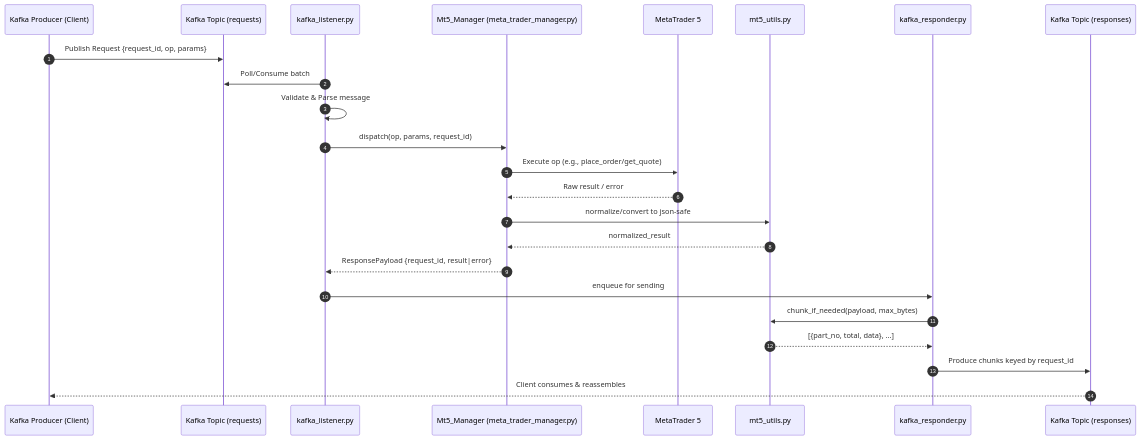
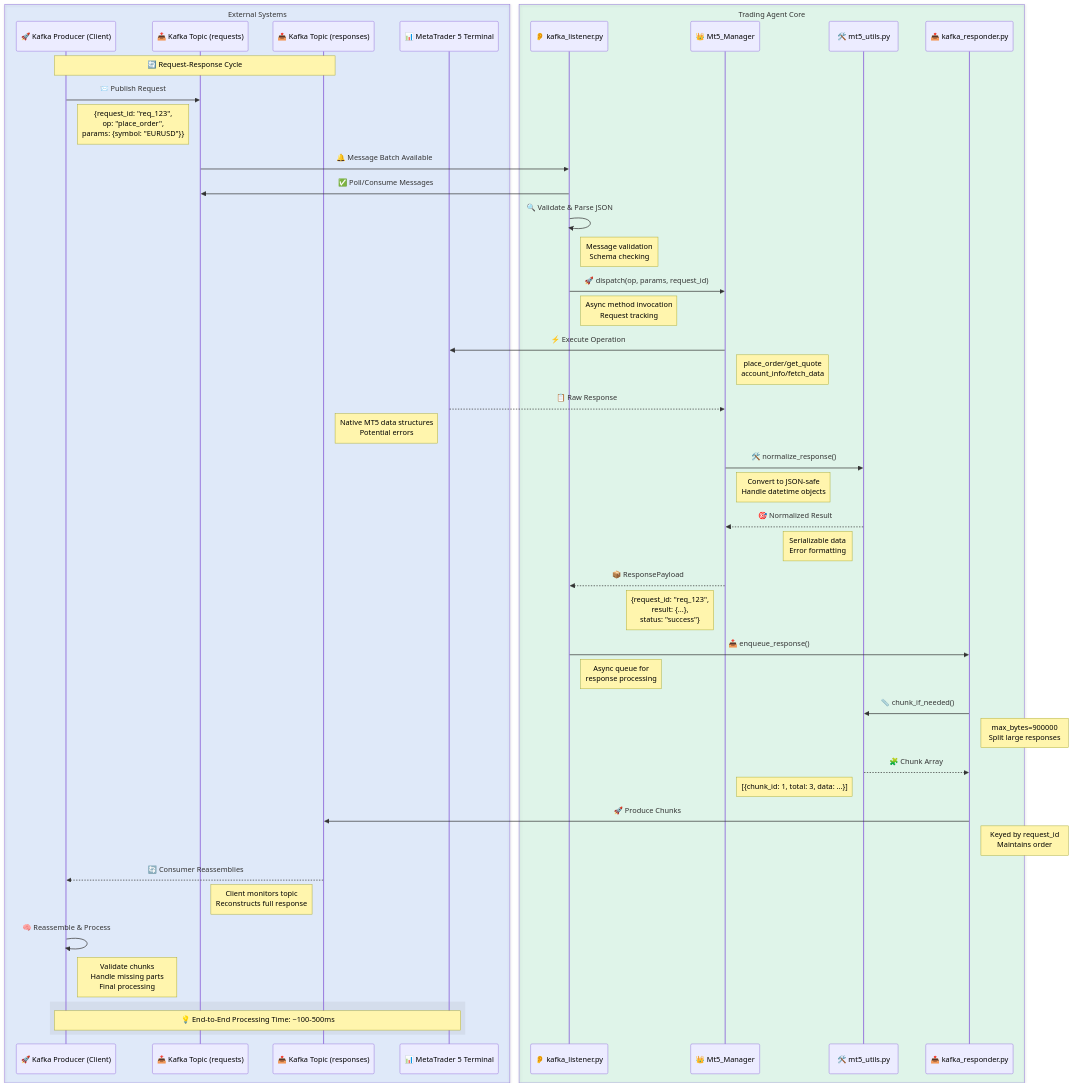
One commit to mani1728/agent changed the fourth of 10 diagrams in README.md. Above: the diagram before and after it, drawn with Mermaid.

````diff
--- a/README.md
+++ b/README.md
@@ -350,27 +350,67 @@
 ```mermaid
 sequenceDiagram
-  autonumber
-  participant Prod as Kafka Producer (Client)
-  participant K as Kafka Topic (requests)
-  participant L as kafka_listener.py
-  participant M as Mt5_Manager (meta_trader_manager.py)
-  participant MT5 as MetaTrader 5
-  participant U as mt5_utils.py
-  participant R as kafka_responder.py
-  participant KO as Kafka Topic (responses)
+    box rgba(0, 100, 255, 0.1) External Systems
+        participant Prod as 🚀 Kafka Producer (Client)
+        participant K as 📥 Kafka Topic (requests)
+        participant KO as 📤 Kafka Topic (responses)
+        participant MT5 as 📊 MetaTrader 5 Terminal
+    end
 
-  Prod->>K: Publish Request {request_id, op, params}
-  L->>K: Poll/Consume batch
-  L->>L: Validate & Parse message
-  L->>M: dispatch(op, params, request_id)
-  M->>MT5: Execute op (e.g., place_order/get_quote)
-  MT5-->>M: Raw result / error
-  M->>U: normalize/convert to json-safe
-  U-->>M: normalized_result
-  M-->>L: ResponsePayload {request_id, result|error}
-  L->>R: enqueue for sending
-  R->>U: chunk_if_needed(payload, max_bytes)
-  U-->>R: [{part_no, total, data}, ...]
-  R->>KO: Produce chunks keyed by request_id
-  KO-->>Prod: Client consumes & reassembles
+    box rgba(0, 200, 100, 0.1) Trading Agent Core
+        participant L as 👂 kafka_listener.py
+        participant M as 👑 Mt5_Manager
+        participant U as 🛠️ mt5_utils.py
+        participant R as 📤 kafka_responder.py
+    end
+
+    Note over Prod, KO: 🔄 Request-Response Cycle
+
+    Prod->>K: 📨 Publish Request
+    Note right of Prod: {request_id: "req_123",<br/>op: "place_order",<br/>params: {symbol: "EURUSD"}}
+
+    K->>L: 🔔 Message Batch Available
+    L->>K: ✅ Poll/Consume Messages
+    L->>L: 🔍 Validate & Parse JSON
+    Note right of L: Message validation<br/>Schema checking
+
+    L->>M: 🚀 dispatch(op, params, request_id)
+    Note right of L: Async method invocation<br/>Request tracking
+
+    M->>MT5: ⚡ Execute Operation
+    Note right of M: place_order/get_quote<br/>account_info/fetch_data
+
+    MT5-->>M: 📋 Raw Response
+    Note left of MT5: Native MT5 data structures<br/>Potential errors
+
+    M->>U: 🛠️ normalize_response()
+    Note right of M: Convert to JSON-safe<br/>Handle datetime objects
+
+    U-->>M: 🎯 Normalized Result
+    Note left of U: Serializable data<br/>Error formatting
+
+    M-->>L: 📦 ResponsePayload
+    Note left of M: {request_id: "req_123",<br/>result: {...},<br/>status: "success"}
+
+    L->>R: 📥 enqueue_response()
+    Note right of L: Async queue for<br/>response processing
+
+    R->>U: 📏 chunk_if_needed()
+    Note right of R: max_bytes=900000<br/>Split large responses
+
+    U-->>R: 🧩 Chunk Array
+    Note left of U: [{chunk_id: 1, total: 3, data: ...}]
+
+    R->>KO: 🚀 Produce Chunks
+    Note right of R: Keyed by request_id<br/>Maintains order
+
+    KO-->>Prod: 🔄 Consumer Reassemblies
+    Note left of KO: Client monitors topic<br/>Reconstructs full response
+
+    Prod->>Prod: 🧠 Reassemble & Process
+    Note right of Prod: Validate chunks<br/>Handle missing parts<br/>Final processing
+
+    %% Styling for better visibility
+    rect rgba(0, 0, 0, 0.05)
+        Note over Prod, MT5: 💡 End-to-End Processing Time: ~100-500ms
+    end
 ```
````
